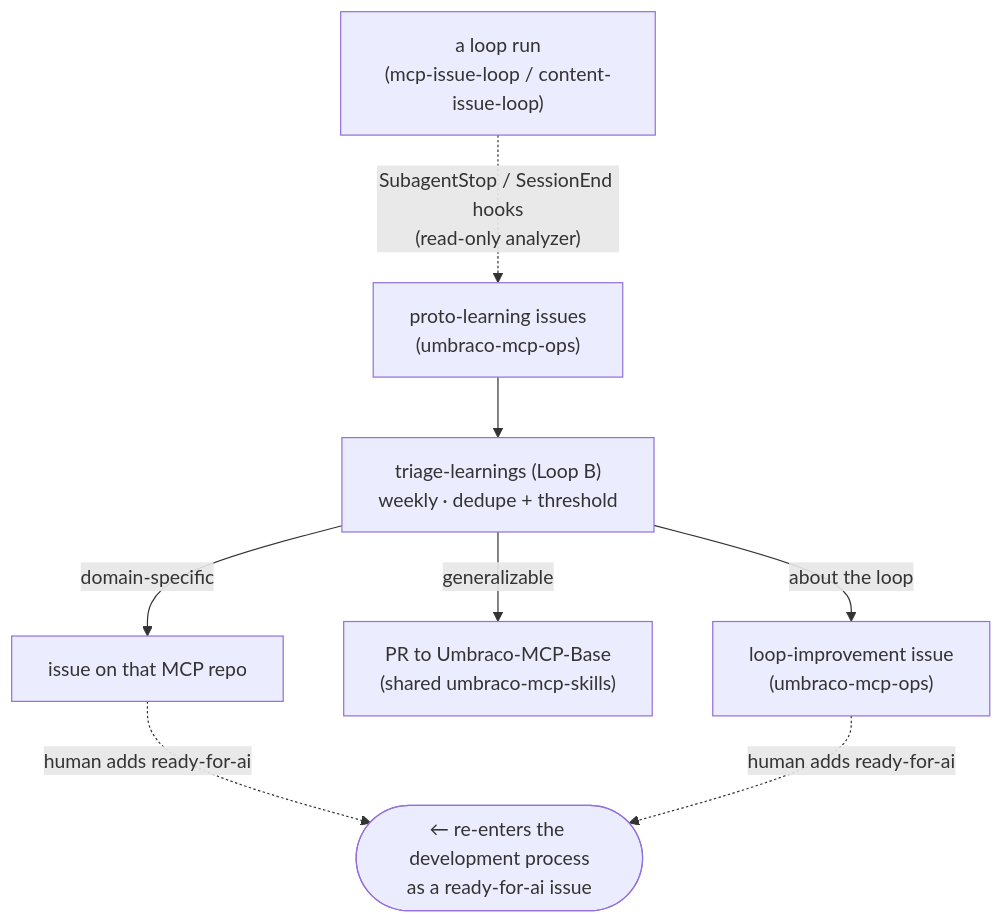
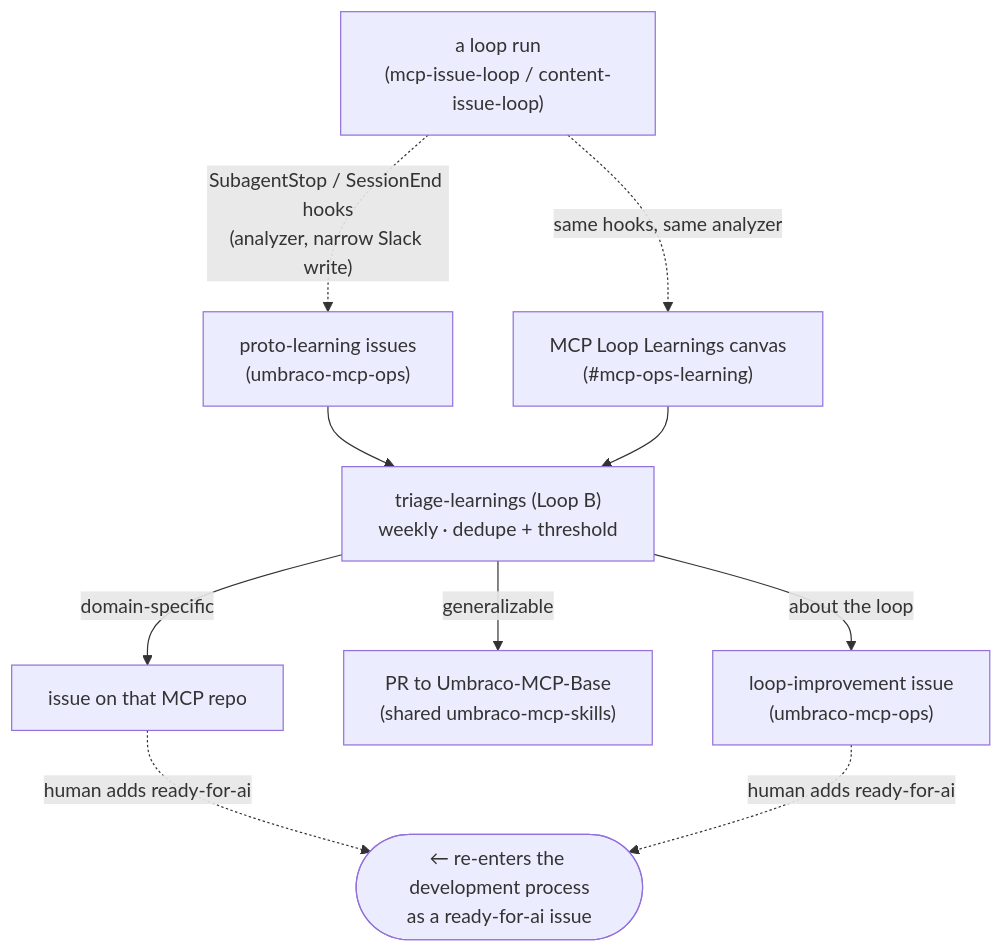
Before and after one commit to hifi-phil/umbraco-mcp-ops: the second of 3 diagrams in docs/self-learning-system.md, drawn with Mermaid. The commit also changed other lines of this file and 5 other files, not shown here.

First line of the commit message:
feat(mcp-issue-loop): add Slack-canvas capture path for proto-learnings

````diff
--- a/docs/self-learning-system.md
+++ b/docs/self-learning-system.md
@@ -44,10 +44,12 @@
 ```mermaid
 flowchart TD
-    LOOP["a loop run<br/>(mcp-issue-loop / content-issue-loop)"] -. "SubagentStop / SessionEnd hooks<br/>(read-only analyzer)" .-> PROTO["proto-learning issues<br/>(umbraco-mcp-ops)"]
+    LOOP["a loop run<br/>(mcp-issue-loop / content-issue-loop)"] -. "SubagentStop / SessionEnd hooks<br/>(analyzer, narrow Slack write)" .-> PROTO["proto-learning issues<br/>(umbraco-mcp-ops)"]
+    LOOP -. "same hooks, same analyzer" .-> CANVAS["MCP Loop Learnings canvas<br/>(#mcp-ops-learning)"]
     PROTO --> TRIAGE["triage-learnings (Loop B)<br/>weekly · dedupe + threshold"]
+    CANVAS --> TRIAGE
     TRIAGE -->|domain-specific| MREPO["issue on that MCP repo"]
     TRIAGE -->|generalizable| SHARED["PR to Umbraco-MCP-Base<br/>(shared umbraco-mcp-skills)"]
     TRIAGE -->|about the loop| LOOPIMP["loop-improvement issue<br/>(umbraco-mcp-ops)"]
     MREPO -. "human adds ready-for-ai" .-> BACK(["← re-enters the development process<br/>as a ready-for-ai issue"])
     LOOPIMP -. "human adds ready-for-ai" .-> BACK
 ```
````
